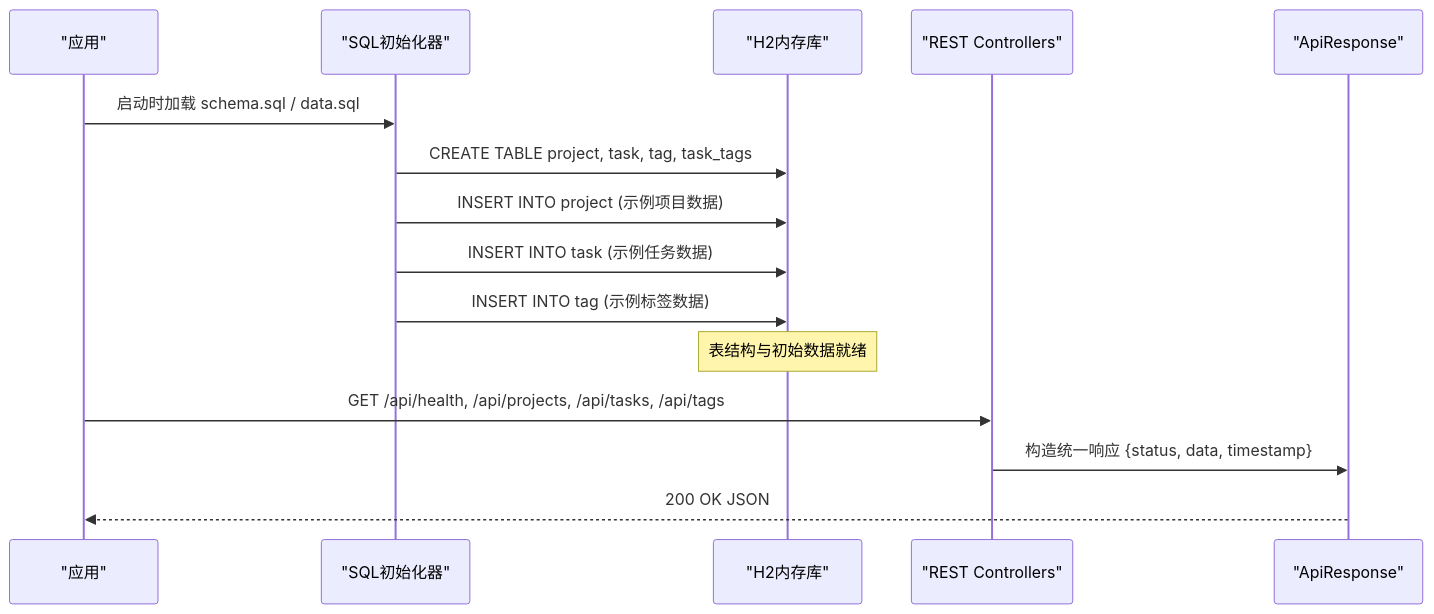
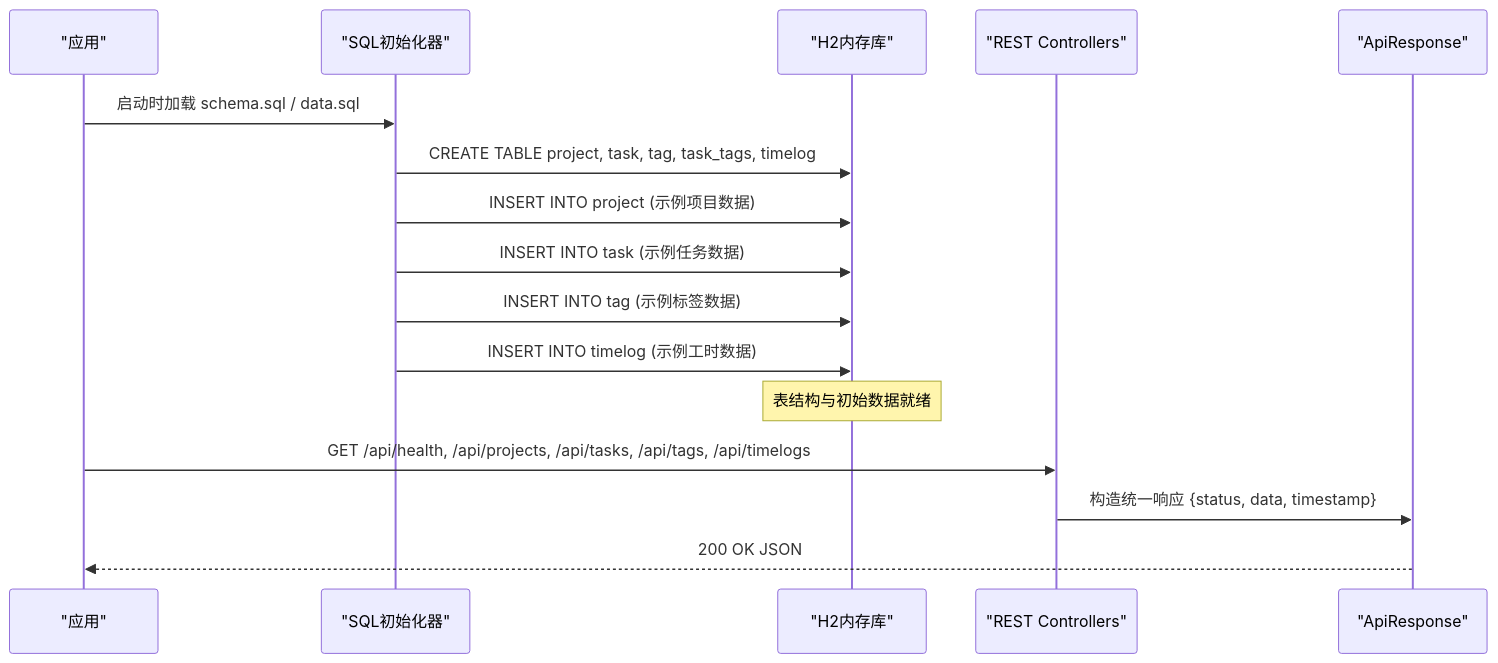
Before and after one commit to zhou9832/test1-qoder: the second of 6 diagrams in .qoder/repowiki/zh/content/数据库设计.md, drawn with Mermaid. The commit also changed other lines of this file and 51 other files, not shown here.

````diff
--- a/.qoder/repowiki/zh/content/数据库设计.md
+++ b/.qoder/repowiki/zh/content/数据库设计.md
@@ -82,17 +97,18 @@
 ```mermaid
 sequenceDiagram
 participant App as "应用"
 participant Init as "SQL初始化器"
 participant DB as "H2内存库"
 participant API as "REST Controllers"
 participant Resp as "ApiResponse"
 App->>Init : 启动时加载 schema.sql / data.sql
-Init->>DB : CREATE TABLE project, task, tag, task_tags
+Init->>DB : CREATE TABLE project, task, tag, task_tags, timelog
 Init->>DB : INSERT INTO project (示例项目数据)
 Init->>DB : INSERT INTO task (示例任务数据)
 Init->>DB : INSERT INTO tag (示例标签数据)
+Init->>DB : INSERT INTO timelog (示例工时数据)
 Note over DB : 表结构与初始数据就绪
-App->>API : GET /api/health, /api/projects, /api/tasks, /api/tags
+App->>API : GET /api/health, /api/projects, /api/tasks, /api/tags, /api/timelogs
 API->>Resp : 构造统一响应 {status, data, timestamp}
 Resp-->>App : 200 OK JSON
 ```
````
